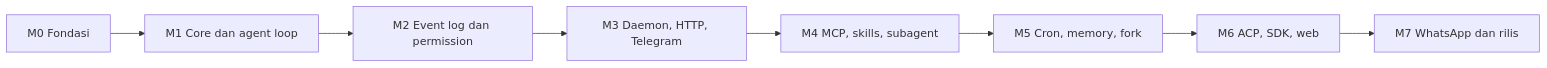
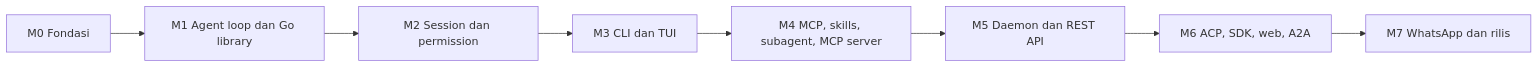
The sixth of 6 diagrams in docs/diagram/0001-system-context-dan-roadmap.md (ridhomujizat/lana-harness), drawn with Mermaid before and after one commit. The commit also changed other lines of this file and 24 other files, not shown here.

````diff
--- a/docs/diagram/0001-system-context-dan-roadmap.md
+++ b/docs/diagram/0001-system-context-dan-roadmap.md
@@ -184,10 +199,10 @@
 ```mermaid
 flowchart LR
-  M0["M0 Fondasi"] --> M1["M1 Core dan agent loop"]
-  M1 --> M2["M2 Event log dan permission"]
-  M2 --> M3["M3 Daemon, HTTP, Telegram"]
-  M3 --> M4["M4 MCP, skills, subagent"]
-  M4 --> M5["M5 Cron, memory, fork"]
-  M5 --> M6["M6 ACP, SDK, web"]
+  M0["M0 Fondasi"] --> M1["M1 Agent loop dan Go library"]
+  M1 --> M2["M2 Session dan permission"]
+  M2 --> M3["M3 CLI dan TUI"]
+  M3 --> M4["M4 MCP, skills, subagent, MCP server"]
+  M4 --> M5["M5 Daemon dan REST API"]
+  M5 --> M6["M6 ACP, SDK, web, A2A"]
   M6 --> M7["M7 WhatsApp dan rilis"]
 ```
````
